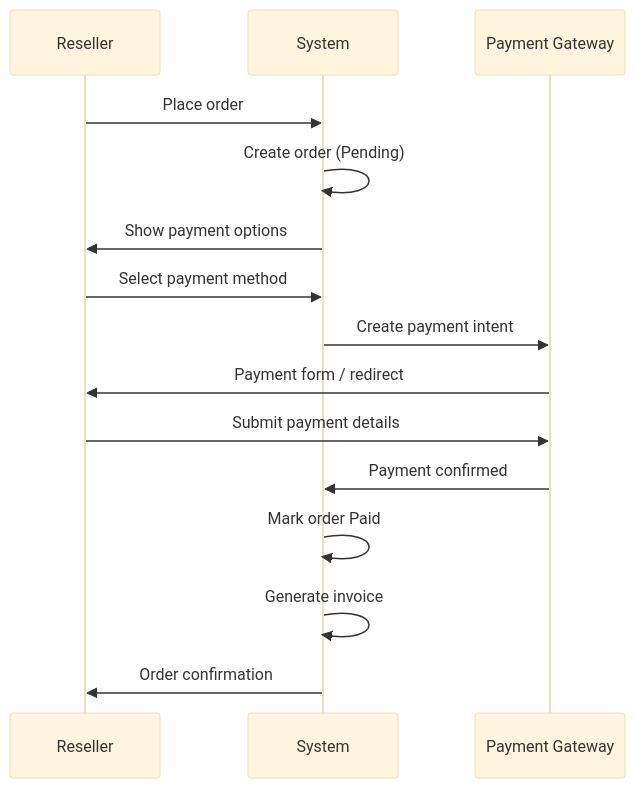
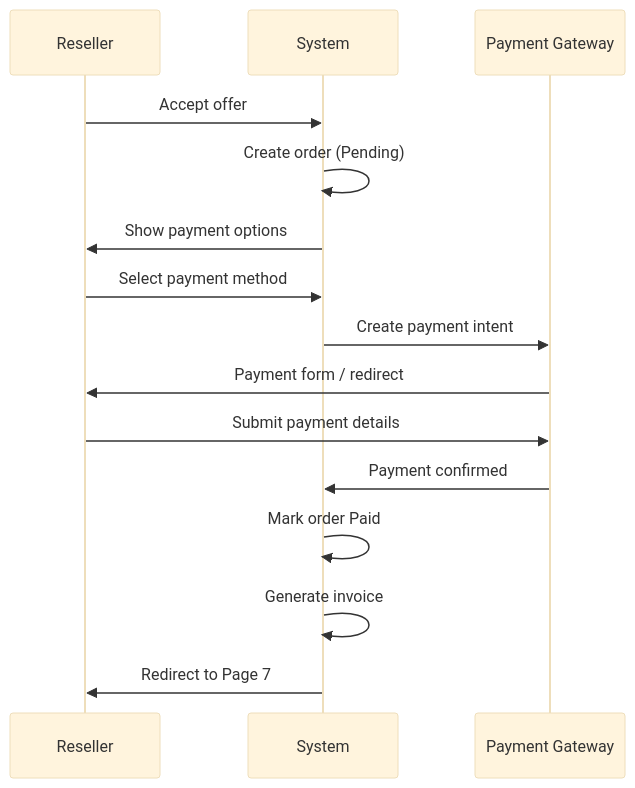
The seventh of 9 diagrams in Documentation/SalesWorkflow.md (hansos/DR_Admin), drawn with Mermaid (base theme) before and after one commit. The commit also changed other lines of this file and 1 other file, not shown here.

First line of the commit message:
Add detailed SalesWorkflow documentation for reseller flow

````diff
--- a/Documentation/SalesWorkflow.md
+++ b/Documentation/SalesWorkflow.md
@@ -193,18 +258,18 @@
 ```mermaid
 sequenceDiagram
     participant R as Reseller
     participant S as System
     participant PG as Payment Gateway
 
-    R->>S: Place order
+    R->>S: Accept offer
     S->>S: Create order (Pending)
     S->>R: Show payment options
     R->>S: Select payment method
     S->>PG: Create payment intent
     PG->>R: Payment form / redirect
     R->>PG: Submit payment details
     PG->>S: Payment confirmed
     S->>S: Mark order Paid
     S->>S: Generate invoice
-    S->>R: Order confirmation
+    S->>R: Redirect to Page 7
 ```
````
